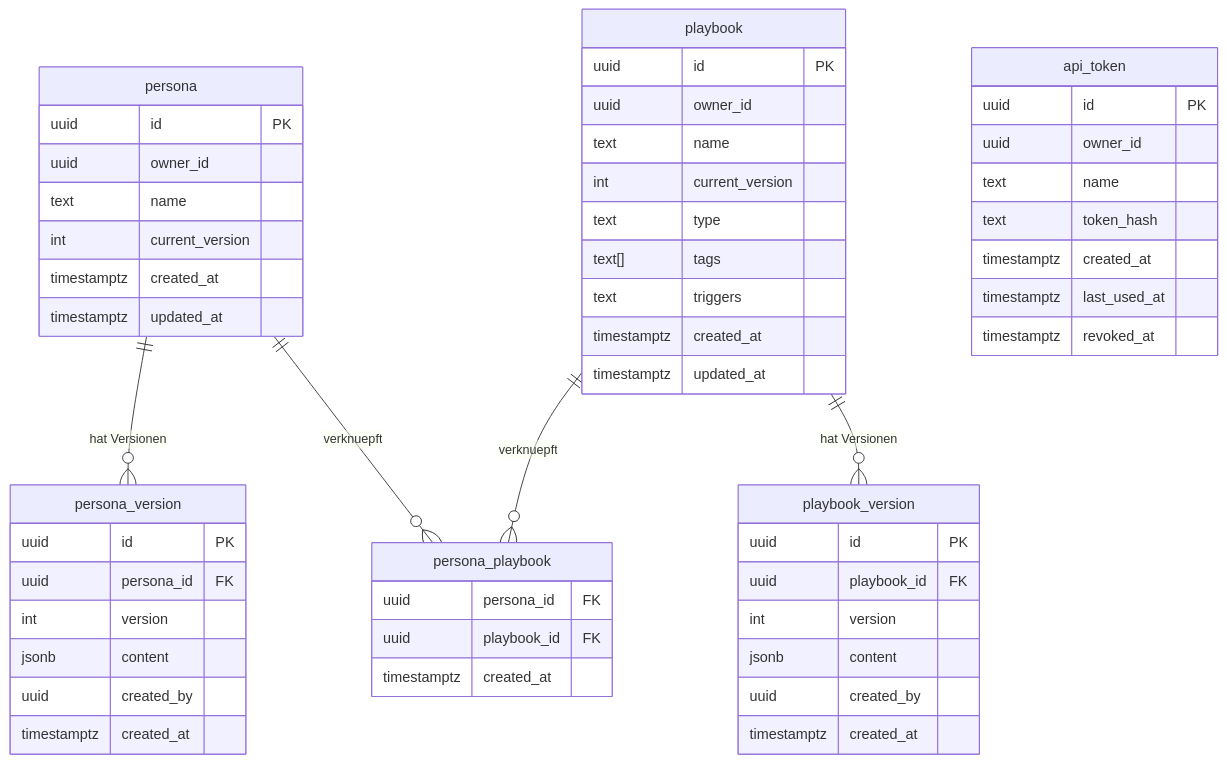
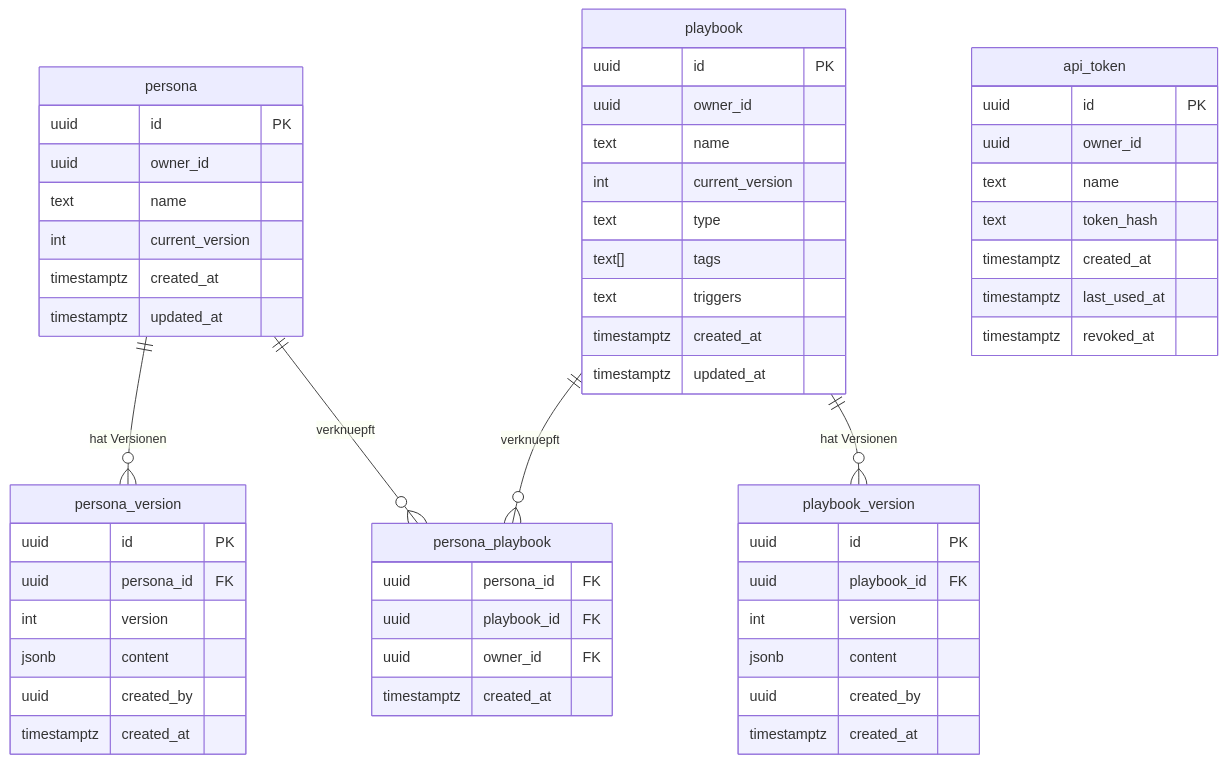
The second of 3 diagrams in docs/architecture.md (luetzey/who2be), drawn with Mermaid before and after one commit. The commit also changed other lines of this file and 6 other files, not shown here.

````diff
--- a/docs/architecture.md
+++ b/docs/architecture.md
@@ -134,57 +134,58 @@
 ```mermaid
 erDiagram
     persona ||--o{ persona_version : "hat Versionen"
     playbook ||--o{ playbook_version : "hat Versionen"
     persona ||--o{ persona_playbook : "verknuepft"
     playbook ||--o{ persona_playbook : "verknuepft"
 
     api_token {
         uuid id PK
         uuid owner_id
         text name
         text token_hash
         timestamptz created_at
         timestamptz last_used_at
         timestamptz revoked_at
     }
     persona {
         uuid id PK
         uuid owner_id
         text name
         int current_version
         timestamptz created_at
         timestamptz updated_at
     }
     persona_version {
         uuid id PK
         uuid persona_id FK
         int version
         jsonb content
         uuid created_by
         timestamptz created_at
     }
     playbook {
         uuid id PK
         uuid owner_id
         text name
         int current_version
         text type
         text[] tags
         text triggers
         timestamptz created_at
         timestamptz updated_at
     }
     playbook_version {
         uuid id PK
         uuid playbook_id FK
         int version
         jsonb content
         uuid created_by
         timestamptz created_at
     }
     persona_playbook {
         uuid persona_id FK
         uuid playbook_id FK
+        uuid owner_id FK
         timestamptz created_at
     }
 ```
````
